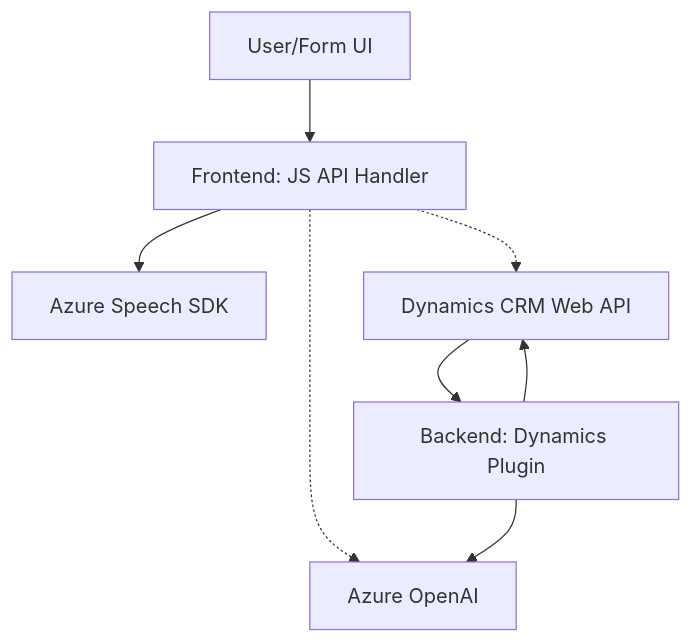
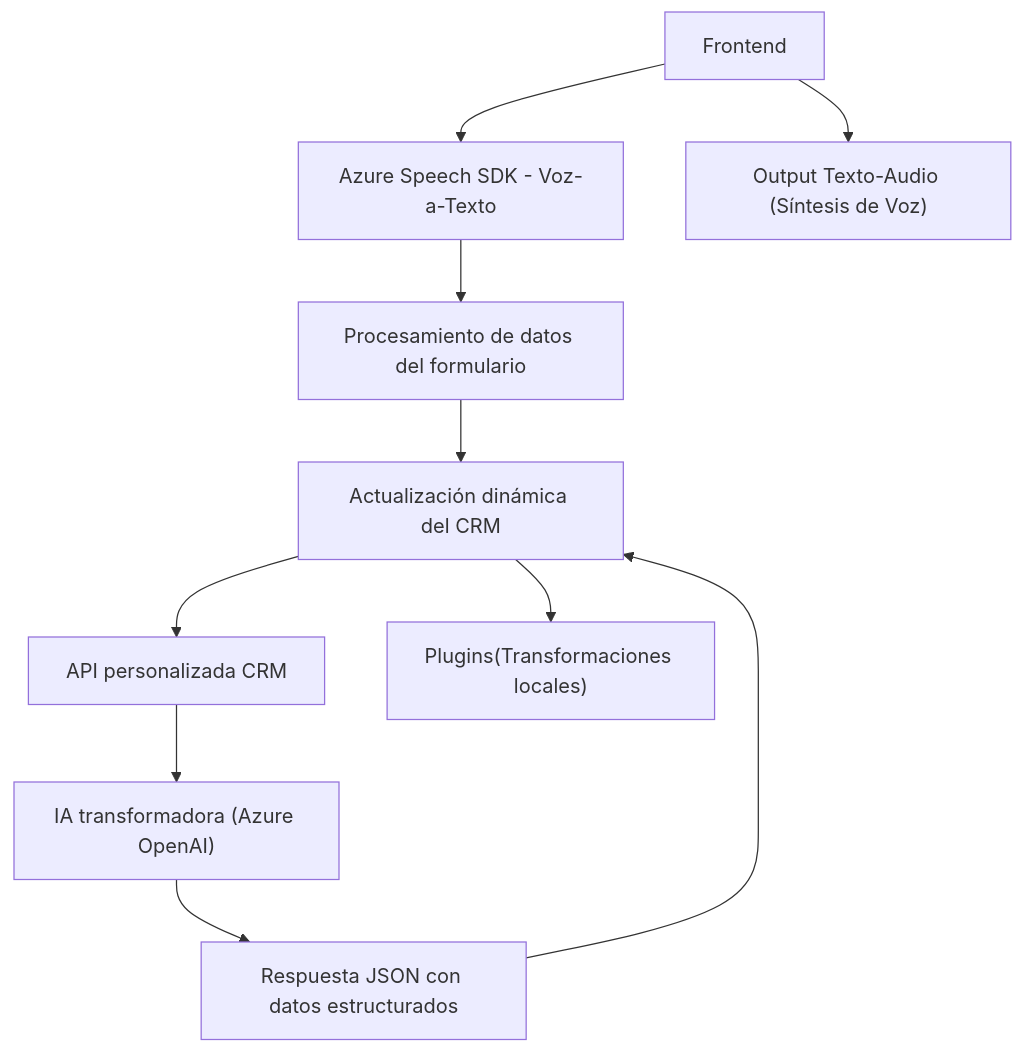
The diagram in README.md (blopezdm/NETCORE_BILBAO2025), drawn with Mermaid before and after one commit. The commit also changed other lines of this file, not shown here.

Commit message:
Actualizar análisis global de la solución con IA

````diff
--- a/README.md
+++ b/README.md
@@ -43,15 +43,14 @@
 ```mermaid
 graph TD
-    A["Frontend: JS API Handler"]
-    B["Backend: Dynamics Plugin"]
-    C["Azure Speech SDK"]
-    D["Azure OpenAI"]
-    E["User/Form UI"]
-    F["Dynamics CRM Web API"]
+    A["Frontend"] --> B["Azure Speech SDK - Voz-a-Texto"]
+    B --> C["Procesamiento de datos del formulario"]
+    C --> D["Actualización dinámica del CRM"]
 
-    E --> A --> C
-    A -.-> F
-    A -.-> D
-    F --> B --> D
-    B --> F
+    D --> E["API personalizada CRM"]
+    E --> F["IA transformadora (Azure OpenAI)"]
+    F --> G["Respuesta JSON con datos estructurados"]
+    G --> D
+
+    A --> H["Output Texto-Audio (Síntesis de Voz)"]
+    D --> I["Plugins(Transformaciones locales)"]
 ```
````
